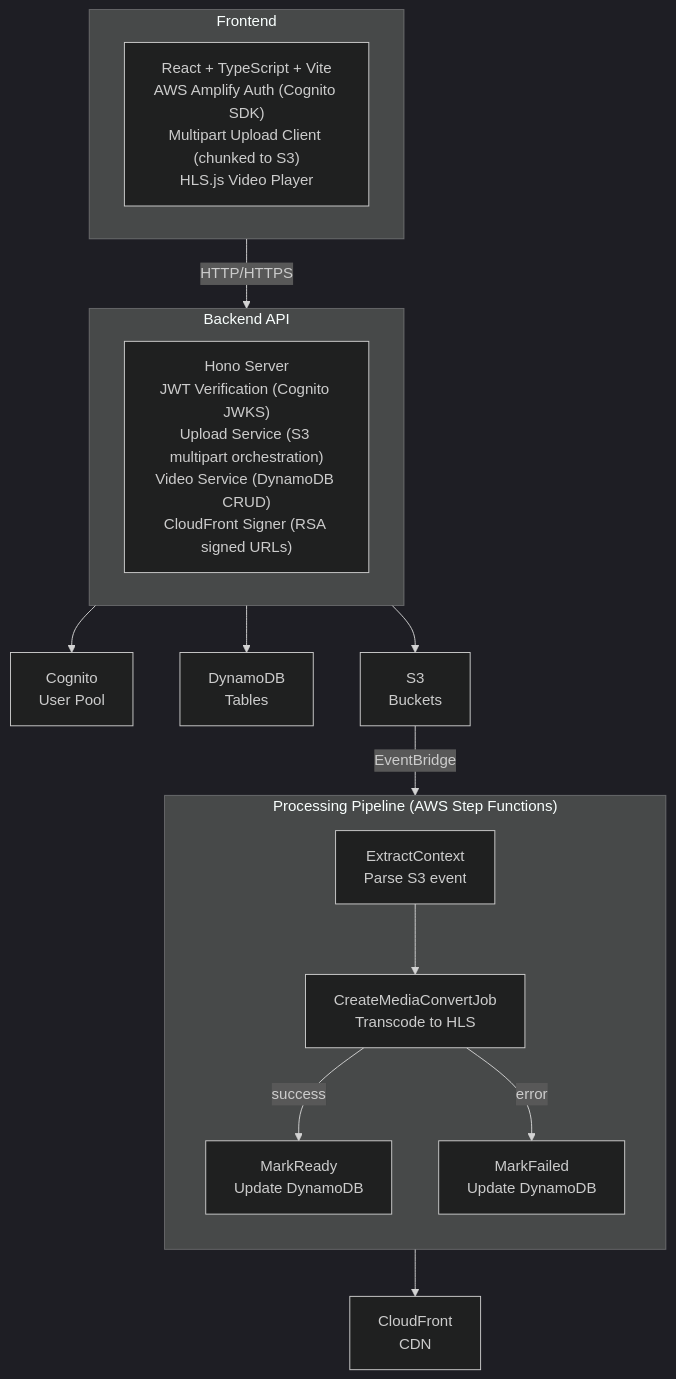
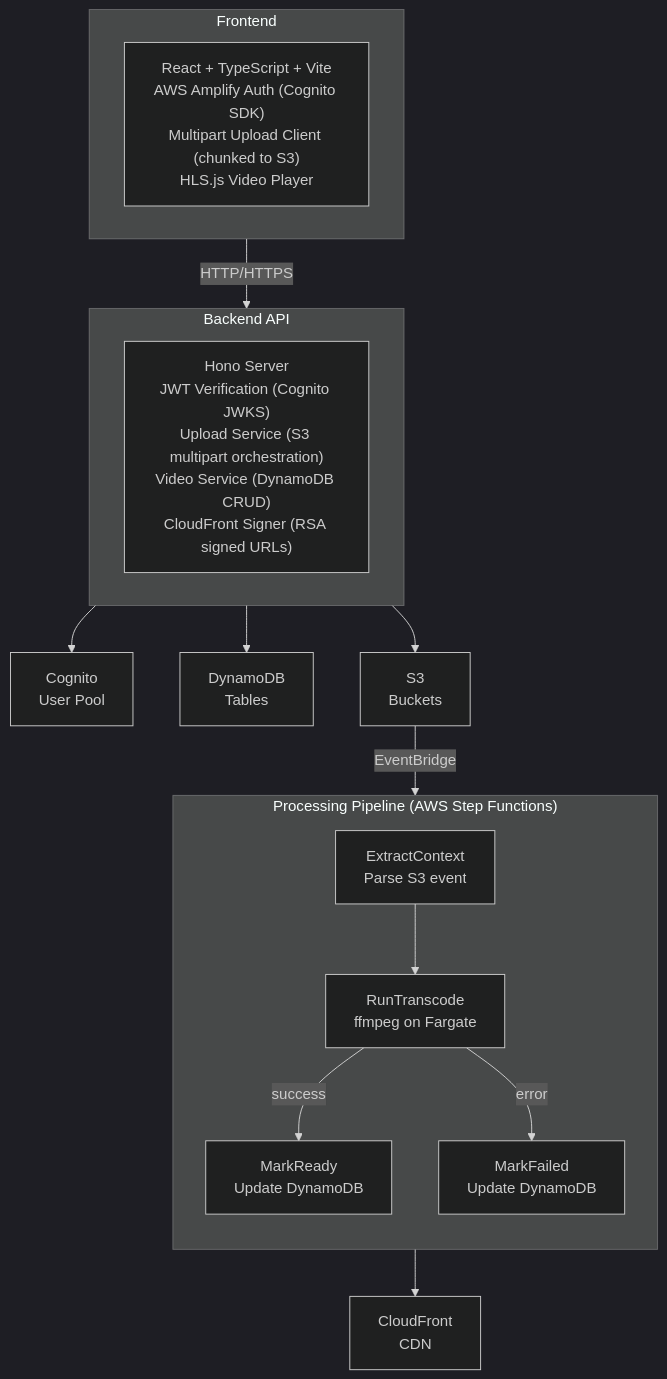
One commit to wykswr/cloudcast changed the first of 5 diagrams in docs/ARCHITECTURE.md. Above: the diagram before and after it, drawn with Mermaid (dark theme). The commit also changed other lines of this file and 24 other files, not shown here.

First line of the commit message:
Transcode with ffmpeg on Fargate Spot instead of MediaConvert

````diff
--- a/docs/ARCHITECTURE.md
+++ b/docs/ARCHITECTURE.md
@@ -44,30 +44,30 @@
 ```mermaid
 flowchart TD
     subgraph FE["Frontend"]
         FEapp["React + TypeScript + Vite<br/>AWS Amplify Auth (Cognito SDK)<br/>Multipart Upload Client (chunked to S3)<br/>HLS.js Video Player"]
     end
 
     subgraph API["Backend API"]
         APIapp["Hono Server<br/>JWT Verification (Cognito JWKS)<br/>Upload Service (S3 multipart orchestration)<br/>Video Service (DynamoDB CRUD)<br/>CloudFront Signer (RSA signed URLs)"]
     end
 
     Cognito["Cognito<br/>User Pool"]
     DDB["DynamoDB<br/>Tables"]
     S3["S3<br/>Buckets"]
 
     subgraph PIPE["Processing Pipeline (AWS Step Functions)"]
         direction TB
-        Extract["ExtractContext<br/>Parse S3 event"] --> MC["CreateMediaConvertJob<br/>Transcode to HLS"]
+        Extract["ExtractContext<br/>Parse S3 event"] --> MC["RunTranscode<br/>ffmpeg on Fargate"]
         MC -->|success| Ready["MarkReady<br/>Update DynamoDB"]
         MC -->|error| Failed["MarkFailed<br/>Update DynamoDB"]
     end
 
     CDN["CloudFront<br/>CDN"]
 
     FE -->|HTTP/HTTPS| API
     API --> Cognito
     API --> DDB
     API --> S3
     S3 -->|EventBridge| PIPE
     PIPE --> CDN
 ```
````
